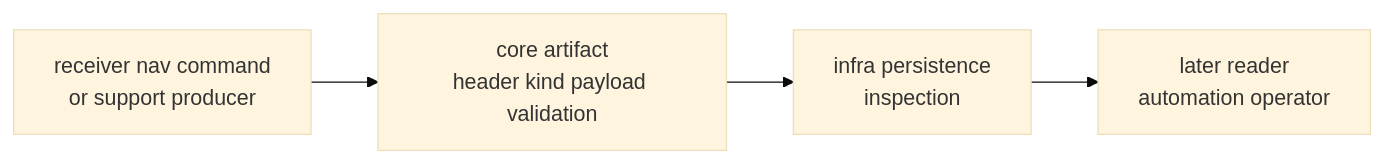
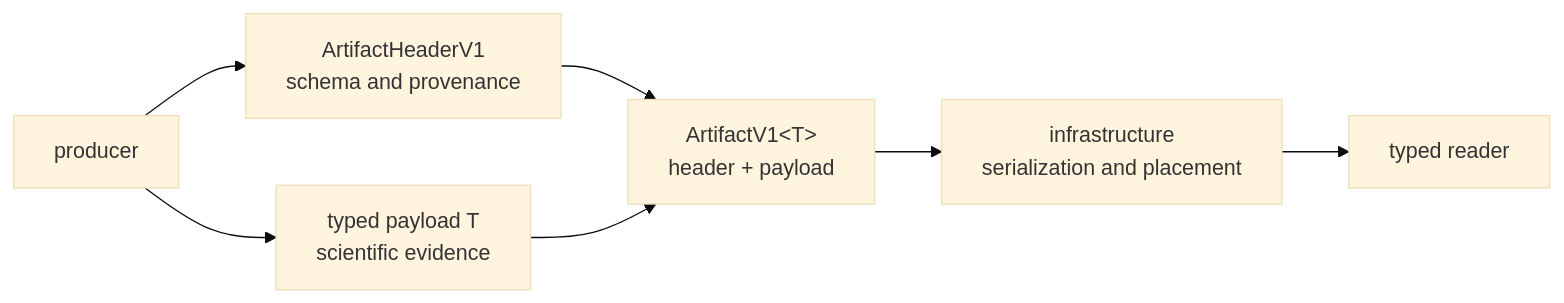
One commit to bijux/bijux-telecom changed the first of 3 diagrams in docs/02-bijux-gnss-core/interfaces/artifact-contracts.md. Above: the diagram before and after it, drawn with Mermaid (base theme). The commit also changed other lines of this file, not shown here.

Commit message:
docs(core): specify artifact wire and validation contracts

````diff
--- a/docs/02-bijux-gnss-core/interfaces/artifact-contracts.md
+++ b/docs/02-bijux-gnss-core/interfaces/artifact-contracts.md
@@ -19,9 +47,15 @@
 ```mermaid
 flowchart LR
-    producer["receiver nav command<br/>or support producer"]
-    core["core artifact<br/>header kind payload validation"]
-    infra["infra persistence<br/>inspection"]
-    reader["later reader<br/>automation operator"]
+    producer["producer"]
+    header["ArtifactHeaderV1<br/>schema and provenance"]
+    payload["typed payload T<br/>scientific evidence"]
+    wrapper["ArtifactV1&lt;T&gt;<br/>header + payload"]
+    persistence["infrastructure<br/>serialization and placement"]
+    reader["typed reader"]
 
-    producer --> core --> infra --> reader
+    producer --> header
+    producer --> payload
+    header --> wrapper
+    payload --> wrapper
+    wrapper --> persistence --> reader
 ```
````
